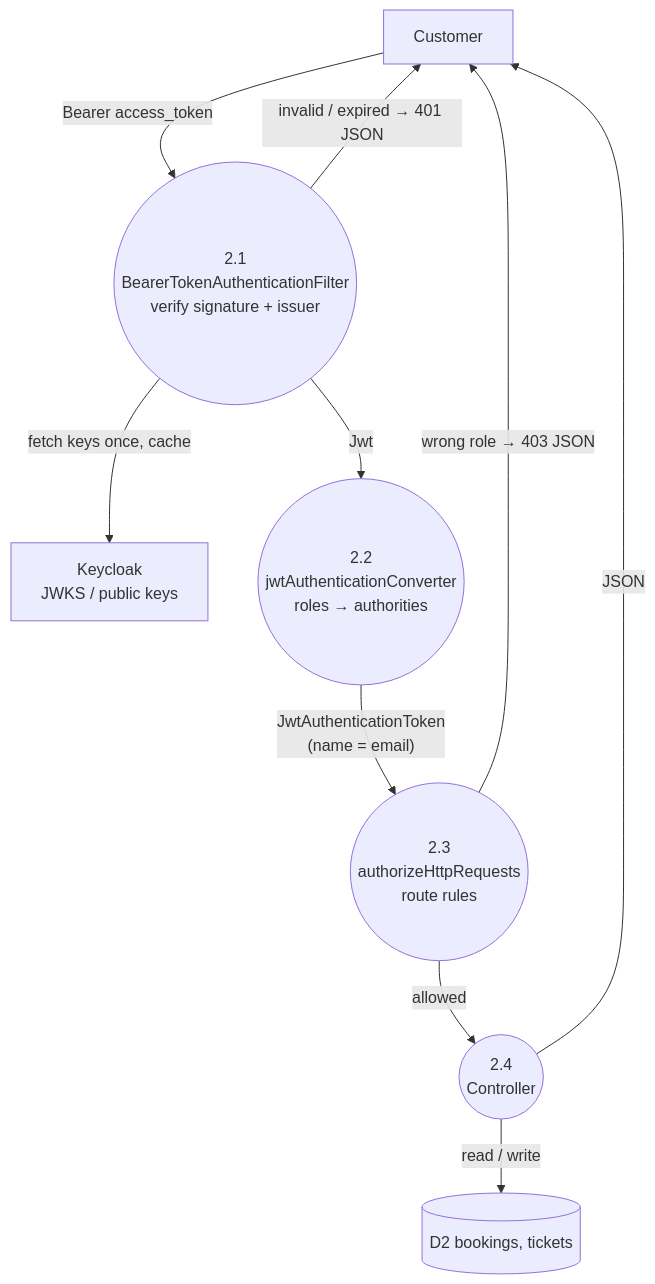
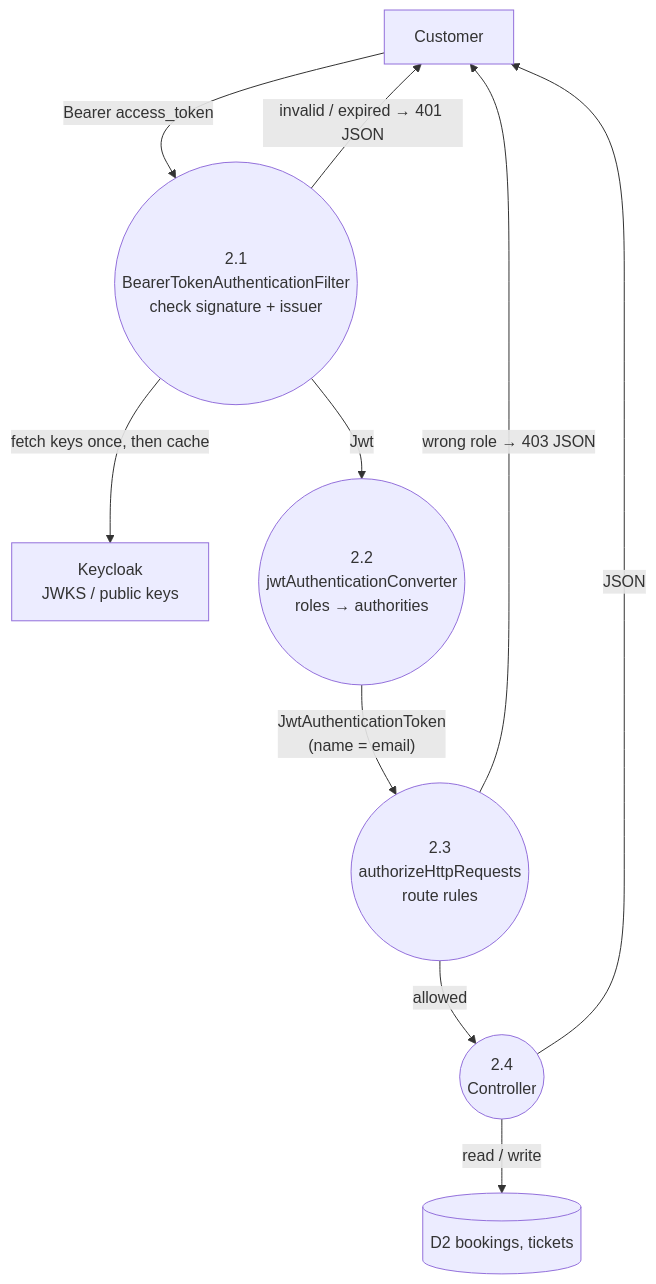
One commit to SarornChhairann/movie_ticket_api changed the second of 2 diagrams in AUTH-DEMO.md. Above: the diagram before and after it, drawn with Mermaid. The commit also changed other lines of this file and 35 other files, not shown here.

````diff
--- a/AUTH-DEMO.md
+++ b/AUTH-DEMO.md
@@ -116,22 +122,22 @@
 ```mermaid
 flowchart TB
     CUST["Customer"]
     KC["Keycloak<br/>JWKS / public keys"]
 
-    P21(("2.1<br/>BearerTokenAuthenticationFilter<br/>verify signature + issuer"))
+    P21(("2.1<br/>BearerTokenAuthenticationFilter<br/>check signature + issuer"))
     P22(("2.2<br/>jwtAuthenticationConverter<br/>roles → authorities"))
     P23(("2.3<br/>authorizeHttpRequests<br/>route rules"))
     P24(("2.4<br/>Controller"))
 
     D2[("D2  bookings, tickets")]
 
     CUST -->|"Bearer access_token"| P21
-    P21 -->|"fetch keys once, cache"| KC
+    P21 -->|"fetch keys once, then cache"| KC
     P21 -->|"invalid / expired → 401 JSON"| CUST
     P21 -->|"Jwt"| P22
     P22 -->|"JwtAuthenticationToken<br/>(name = email)"| P23
     P23 -->|"wrong role → 403 JSON"| CUST
     P23 -->|"allowed"| P24
     P24 -->|"read / write"| D2
     P24 -->|"JSON"| CUST
 ```
````
